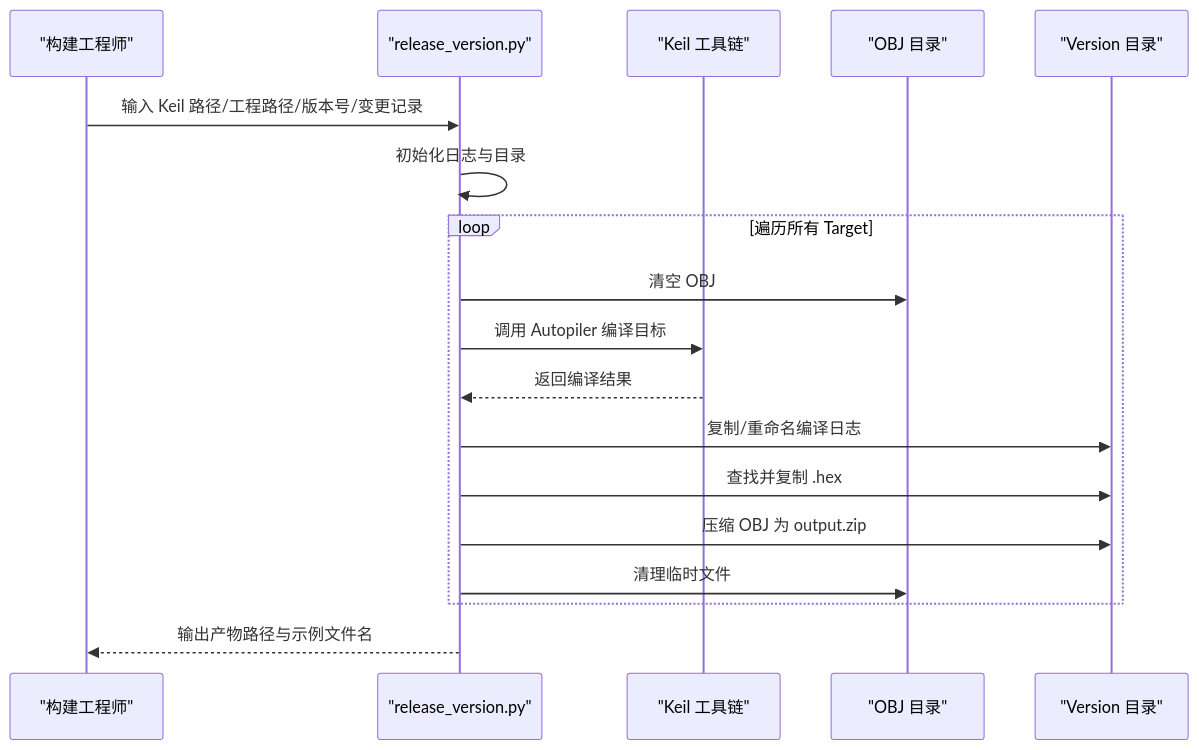
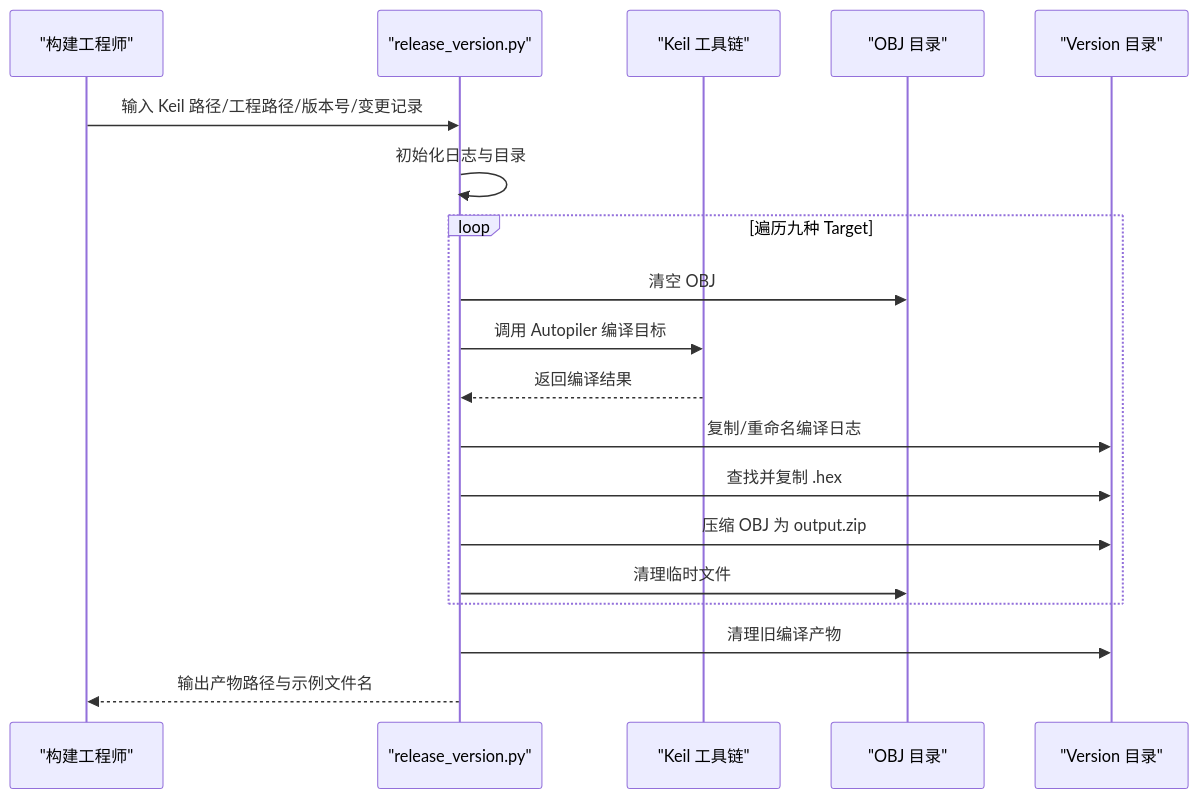
One commit to zym787/general-switcher changed the second of 5 diagrams in .qoder/repowiki/zh/content/版本管理和构建.md. Above: the diagram before and after it, drawn with Mermaid. The commit also changed other lines of this file and 5 other files, not shown here.

````diff
--- a/.qoder/repowiki/zh/content/版本管理和构建.md
+++ b/.qoder/repowiki/zh/content/版本管理和构建.md
@@ -75,20 +92,21 @@
 ```mermaid
 sequenceDiagram
 participant User as "构建工程师"
 participant Script as "release_version.py"
 participant Keil as "Keil 工具链"
 participant Obj as "OBJ 目录"
 participant Ver as "Version 目录"
 User->>Script : 输入 Keil 路径/工程路径/版本号/变更记录
 Script->>Script : 初始化日志与目录
-loop 遍历所有 Target
+loop 遍历九种 Target
 Script->>Obj : 清空 OBJ
 Script->>Keil : 调用 Autopiler 编译目标
 Keil-->>Script : 返回编译结果
 Script->>Ver : 复制/重命名编译日志
 Script->>Ver : 查找并复制 .hex
 Script->>Ver : 压缩 OBJ 为 output.zip
 Script->>Obj : 清理临时文件
 end
+Script->>Ver : 清理旧编译产物
 Script-->>User : 输出产物路径与示例文件名
 ```
````
